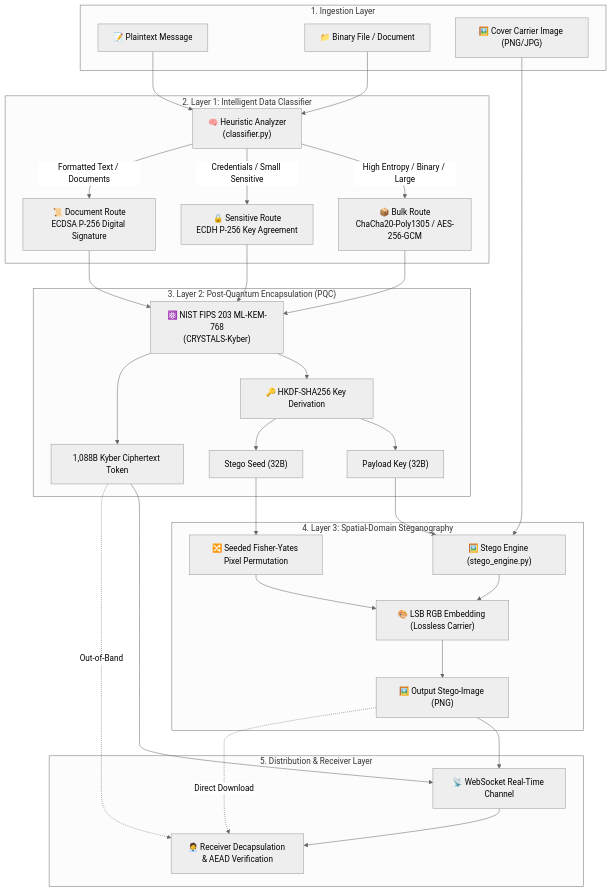
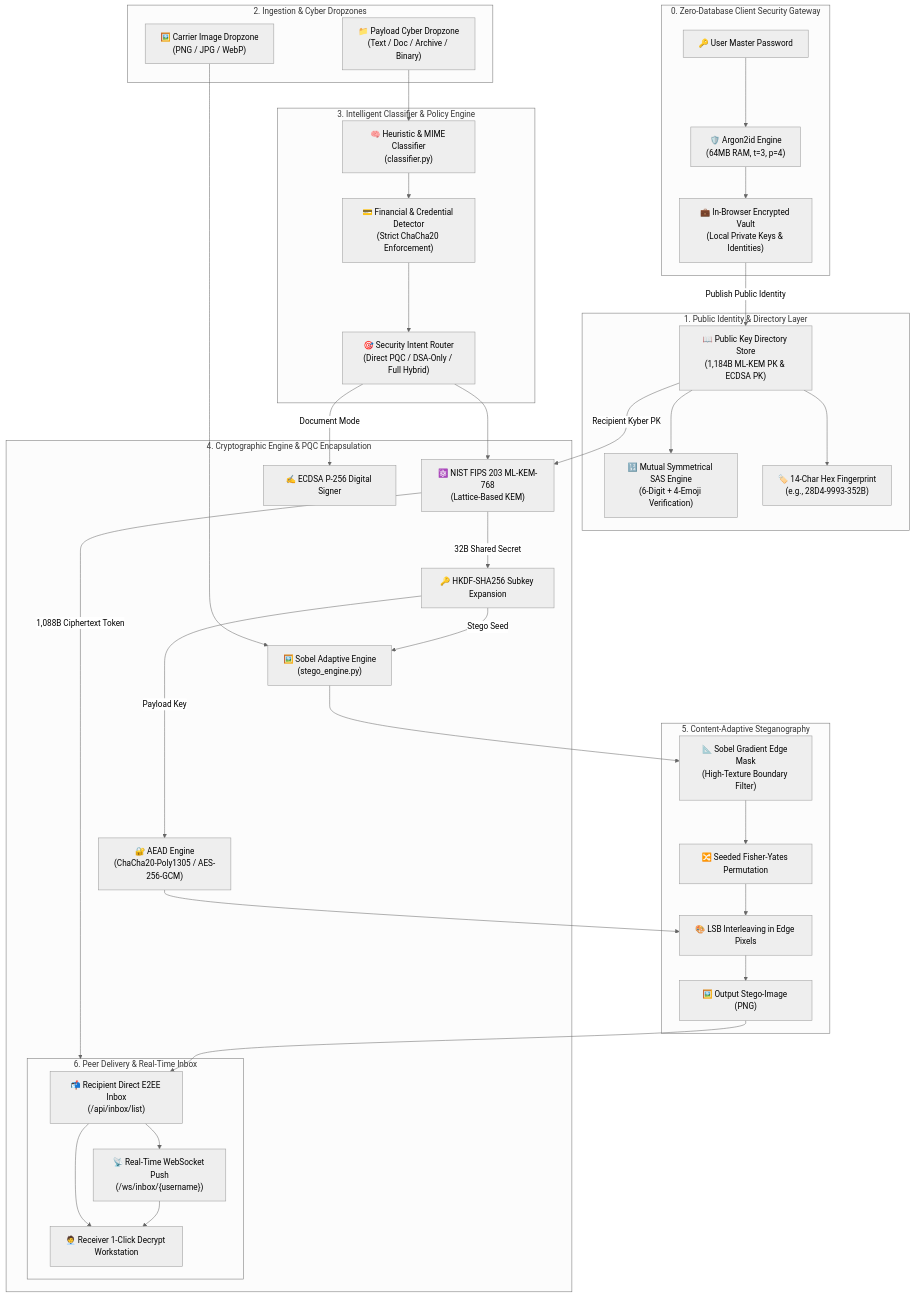
The first of 4 diagrams in README.md (yousiff139-lang/FGP), drawn with Mermaid (neutral theme) before and after one commit. The commit also changed other lines of this file, not shown here.

Commit message:
docs: update README with Argon2id auth, public directory, peer inbox, and updated Mermaid diagrams

````diff
--- a/README.md
+++ b/README.md
@@ -53,63 +69,74 @@
 ```mermaid
 flowchart TB
-    subgraph input["1. Ingestion Layer"]
-        raw_msg["📝 Plaintext Message"]
-        raw_file["📁 Binary File / Document"]
-        cover_img["🖼️ Cover Carrier Image (PNG/JPG)"]
+    subgraph auth["0. Zero-Database Client Security Gateway"]
+        user_pw["🔑 User Master Password"]
+        argon2["🛡️ Argon2id Engine<br/>(64MB RAM, t=3, p=4)"]
+        local_vault["💼 In-Browser Encrypted Vault<br/>(Local Private Keys & Identities)"]
+        user_pw --> argon2
+        argon2 --> local_vault
     end
 
-    subgraph layer1["2. Layer 1: Intelligent Data Classifier"]
-        classifier["🧠 Heuristic Analyzer<br/>(classifier.py)"]
-        route_bulk["📦 Bulk Route<br/>ChaCha20-Poly1305 / AES-256-GCM"]
-        route_sens["🔒 Sensitive Route<br/>ECDH P-256 Key Agreement"]
-        route_doc["📜 Document Route<br/>ECDSA P-256 Digital Signature"]
+    subgraph directory["1. Public Identity & Directory Layer"]
+        dir_store["📖 Public Key Directory Store<br/>(1,184B ML-KEM PK & ECDSA PK)"]
+        sas_calc["🔢 Mutual Symmetrical SAS Engine<br/>(6-Digit + 4-Emoji Verification)"]
+        fingerprint["🏷️ 14-Char Hex Fingerprint<br/>(e.g., 28D4-9993-352B)"]
+        local_vault -->|"Publish Public Identity"| dir_store
+        dir_store --> sas_calc
+        dir_store --> fingerprint
     end
 
-    subgraph layer2["3. Layer 2: Post-Quantum Encapsulation (PQC)"]
-        kyber["⚛️ NIST FIPS 203 ML-KEM-768<br/>(CRYSTALS-Kyber)"]
-        hkdf["🔑 HKDF-SHA256 Key Derivation"]
-        payload_key["Payload Key (32B)"]
-        stego_seed["Stego Seed (32B)"]
-        kyber_token["1,088B Kyber Ciphertext Token"]
+    subgraph input["2. Ingestion & Cyber Dropzones"]
+        drop_file["📁 Payload Cyber Dropzone<br/>(Text / Doc / Archive / Binary)"]
+        drop_cover["🖼️ Carrier Image Dropzone<br/>(PNG / JPG / WebP)"]
     end
 
-    subgraph layer3["4. Layer 3: Spatial-Domain Steganography"]
-        stego_engine["🖼️ Stego Engine (stego_engine.py)"]
-        perm["🔀 Seeded Fisher-Yates Pixel Permutation"]
-        lsb["🎨 LSB RGB Embedding (Lossless Carrier)"]
-        stego_png["🖼️ Output Stego-Image (PNG)"]
+    subgraph classifier_layer["3. Intelligent Classifier & Policy Engine"]
+        heuristics["🧠 Heuristic & MIME Classifier<br/>(classifier.py)"]
+        fin_detect["💳 Financial & Credential Detector<br/>(Strict ChaCha20 Enforcement)"]
+        intent_eval["🎯 Security Intent Router<br/>(Direct PQC / DSA-Only / Full Hybrid)"]
+        drop_file --> heuristics
+        heuristics --> fin_detect
+        fin_detect --> intent_eval
     end
 
-    subgraph dist["5. Distribution & Receiver Layer"]
-        ws["📡 WebSocket Real-Time Channel"]
-        receiver["🧑‍💼 Receiver Decapsulation & AEAD Verification"]
+    subgraph crypto_layer["4. Cryptographic Engine & PQC Encapsulation"]
+        kyber["⚛️ NIST FIPS 203 ML-KEM-768<br/>(Lattice-Based KEM)"]
+        hkdf["🔑 HKDF-SHA256 Subkey Expansion"]
+        symm["🔐 AEAD Engine<br/>(ChaCha20-Poly1305 / AES-256-GCM)"]
+        dsa["✍️ ECDSA P-256 Digital Signer"]
+        
+        dir_store -->|"Recipient Kyber PK"| kyber
+        intent_eval --> kyber
+        kyber -->|"1,088B Ciphertext Token"| peer_dispatch
+        kyber -->|"32B Shared Secret"| hkdf
+        hkdf -->|"Payload Key"| symm
+        hkdf -->|"Stego Seed"| sobel_stego
+        intent_eval -->|"Document Mode"| dsa
     end
 
-    raw_msg --> classifier
-    raw_file --> classifier
-    classifier -->|"High Entropy / Binary / Large"| route_bulk
-    classifier -->|"Credentials / Small Sensitive"| route_sens
-    classifier -->|"Formatted Text / Documents"| route_doc
+    subgraph stego_layer["5. Content-Adaptive Steganography"]
+        sobel_stego["🖼️ Sobel Adaptive Engine<br/>(stego_engine.py)"]
+        gradient_mask["📐 Sobel Gradient Edge Mask<br/>(High-Texture Boundary Filter)"]
+        fisher_yates["🔀 Seeded Fisher-Yates Permutation"]
+        lsb_embed["🎨 LSB Interleaving in Edge Pixels"]
+        stego_png["🖼️ Output Stego-Image (PNG)"]
+        
+        drop_cover --> sobel_stego
+        sobel_stego --> gradient_mask
+        gradient_mask --> fisher_yates
+        symm --> lsb_embed
+        fisher_yates --> lsb_embed
+        lsb_embed --> stego_png
+    end
 
-    route_bulk --> kyber
-    route_sens --> kyber
-    route_doc --> kyber
-
-    kyber --> hkdf
-    kyber --> kyber_token
-    hkdf --> payload_key
-    hkdf --> stego_seed
-
-    payload_key --> stego_engine
-    cover_img --> stego_engine
-    stego_seed --> perm
-    perm --> lsb
-    stego_engine --> lsb
-    lsb --> stego_png
-
-    stego_png --> ws
-    kyber_token --> ws
-    ws --> receiver
-    stego_png -.->|"Direct Download"| receiver
-    kyber_token -.->|"Out-of-Band"| receiver
+    subgraph peer_dispatch["6. Peer Delivery & Real-Time Inbox"]
+        inbox["📬 Recipient Direct E2EE Inbox<br/>(/api/inbox/list)"]
+        ws_push["📡 Real-Time WebSocket Push<br/>(/ws/inbox/{username})"]
+        receiver["🧑‍💼 Receiver 1-Click Decrypt Workstation"]
+        
+        stego_png --> inbox
+        inbox --> ws_push
+        ws_push --> receiver
+        inbox --> receiver
+    end
 ```
````
